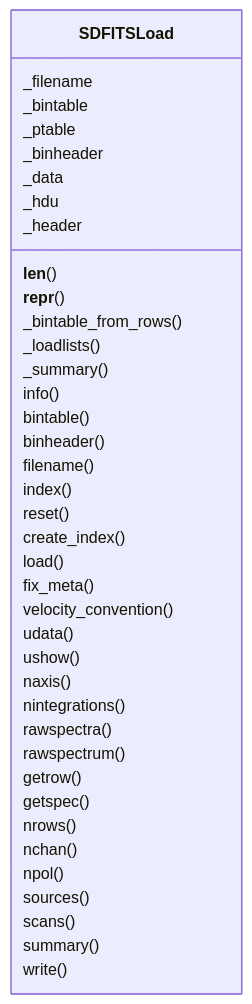
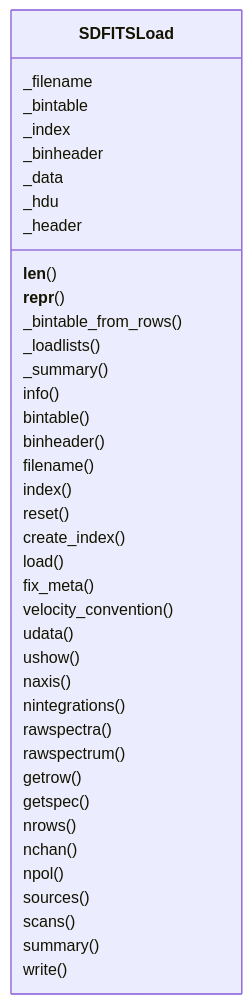
Before and after one commit to GreenBankObservatory/dysh: the second of 3 diagrams in docs/source/design/sdfits_loaders.rst, drawn with Mermaid. The commit also changed other lines of this file and 1 other file, not shown here.

```diff
--- a/docs/source/design/sdfits_loaders.rst
+++ b/docs/source/design/sdfits_loaders.rst
@@ -61,42 +56,42 @@
 .. mermaid::
 
     classDiagram
         class SDFITSLoad{
             _filename
             _bintable
-            _ptable
+            _index
             _binheader
             _data
             _hdu
             _header
             __len__()
             __repr__()
             _bintable_from_rows()
             _loadlists()
             _summary()
             info()
             bintable()
             binheader()
             filename()
             index()
             reset()
             create_index()
             load()
             fix_meta()
             velocity_convention()
             udata()
             ushow()
             naxis()
             nintegrations()
             rawspectra()
             rawspectrum()
             getrow()
             getspec()
             nrows()
             nchan()
             npol()
             sources()
             scans()
             summary()
             write()
         }
```
